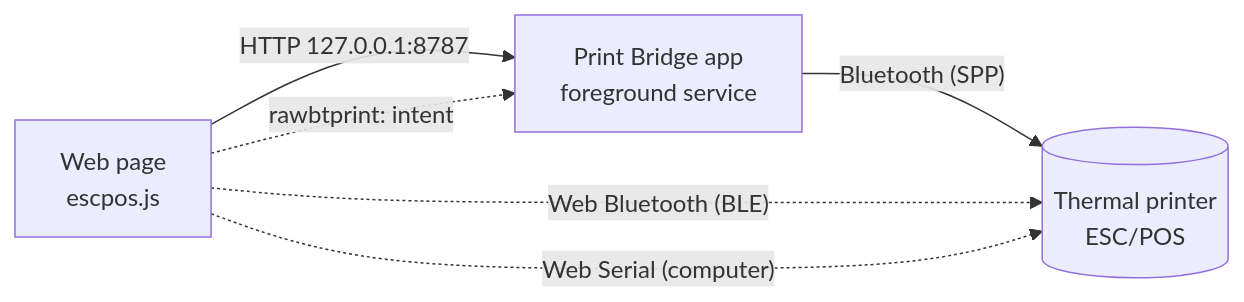
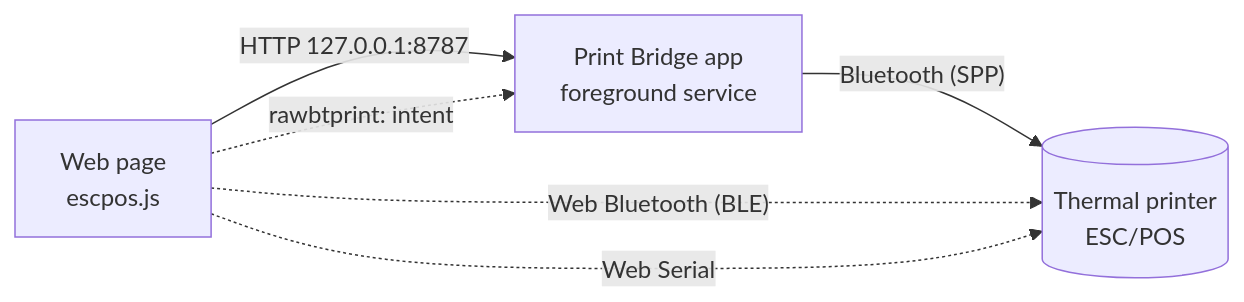
The diagram in README.md (nb-camelot/raw-bt-print-bridge), drawn with Mermaid before and after one commit. The commit also changed other lines of this file and 40 other files, not shown here.

````diff
--- a/README.md
+++ b/README.md
@@ -48,8 +51,8 @@
 ```mermaid
 flowchart LR
   P["Web page<br/>escpos.js"] -- "HTTP 127.0.0.1:8787" --> A["Print Bridge app<br/>foreground service"]
   A -- "Bluetooth (SPP)" --> S[("Thermal printer<br/>ESC/POS")]
   P -. "Web Bluetooth (BLE)" .-> S
-  P -. "Web Serial (computer)" .-> S
+  P -. "Web Serial" .-> S
   P -. "rawbtprint: intent" .-> A
 ```
````
